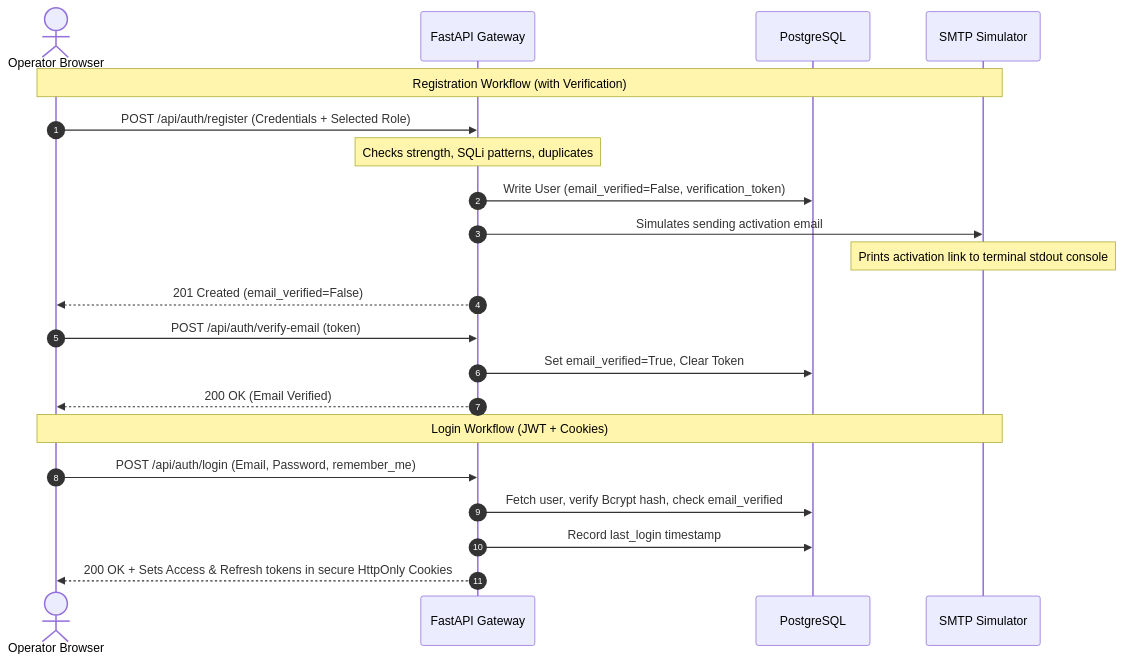
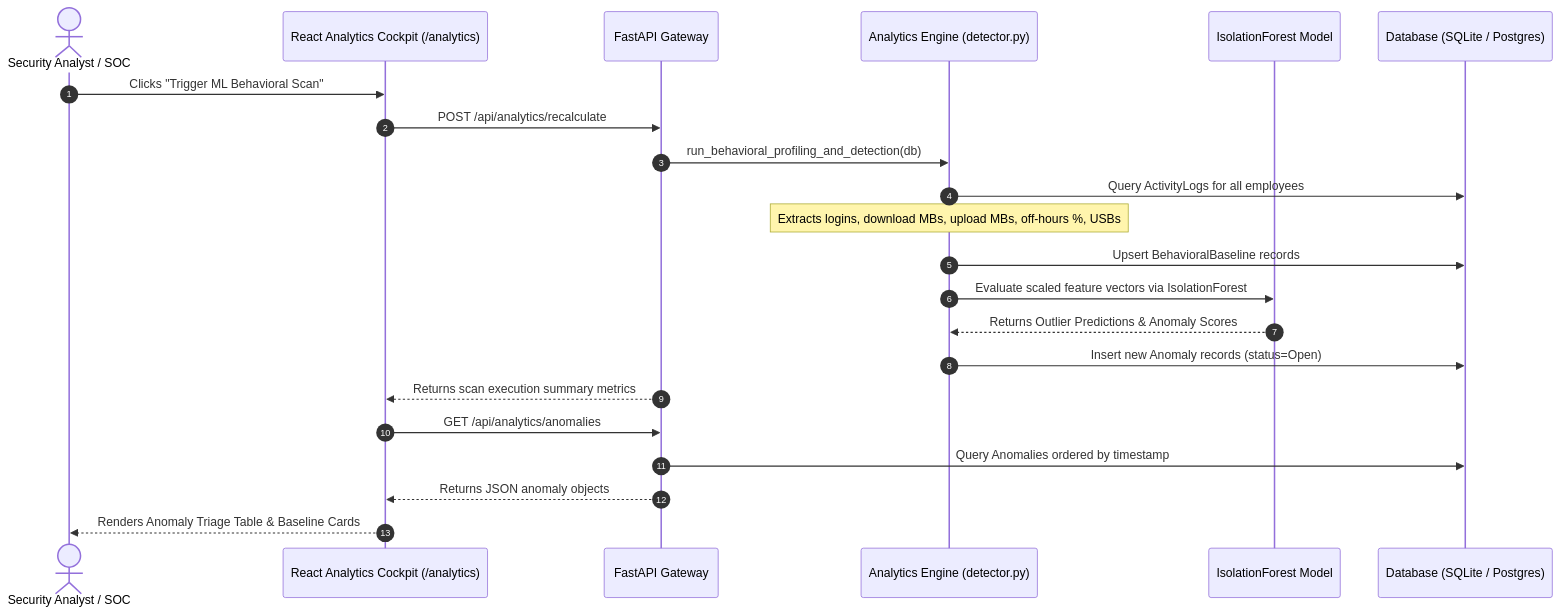
The diagram in README.md (springboardmentor184-png/insider-threat-behavioral-intelligence-system), drawn with Mermaid before and after one commit. The commit also changed other lines of this file, not shown here.

````diff
--- a/README.md
+++ b/README.md
@@ -69,27 +92,25 @@
 ```mermaid
 sequenceDiagram
     autonumber
-    actor Client as Operator Browser
+    actor Analyst as Security Analyst / SOC
+    participant UI as React Analytics Cockpit (/analytics)
     participant API as FastAPI Gateway
-    participant DB as PostgreSQL
-    participant SMTP as SMTP Simulator
+    participant Engine as Analytics Engine (detector.py)
+    participant ML as IsolationForest Model
+    participant DB as Database (SQLite / Postgres)
 
-    %% Registration Flow
-    Note over Client, SMTP: Registration Workflow (with Verification)
-    Client->>API: POST /api/auth/register (Credentials + Selected Role)
-    Note over API: Checks strength, SQLi patterns, duplicates
-    API->>DB: Write User (email_verified=False, verification_token)
-    API->>SMTP: Simulates sending activation email
-    Note over SMTP: Prints activation link to terminal stdout console
-    API-->>Client: 201 Created (email_verified=False)
-    Client->>API: POST /api/auth/verify-email (token)
-    API->>DB: Set email_verified=True, Clear Token
-    API-->>Client: 200 OK (Email Verified)
-
-    %% Login Flow
-    Note over Client, SMTP: Login Workflow (JWT + Cookies)
-    Client->>API: POST /api/auth/login (Email, Password, remember_me)
-    API->>DB: Fetch user, verify Bcrypt hash, check email_verified
-    API->>DB: Record last_login timestamp
-    API-->>Client: 200 OK + Sets Access & Refresh tokens in secure HttpOnly Cookies
+    Analyst->>UI: Clicks "Trigger ML Behavioral Scan"
+    UI->>API: POST /api/analytics/recalculate
+    API->>Engine: run_behavioral_profiling_and_detection(db)
+    Engine->>DB: Query ActivityLogs for all employees
+    Note over Engine: Extracts logins, download MBs, upload MBs, off-hours %, USBs
+    Engine->>DB: Upsert BehavioralBaseline records
+    Engine->>ML: Evaluate scaled feature vectors via IsolationForest
+    ML-->>Engine: Returns Outlier Predictions & Anomaly Scores
+    Engine->>DB: Insert new Anomaly records (status=Open)
+    API-->>UI: Returns scan execution summary metrics
+    UI->>API: GET /api/analytics/anomalies
+    API->>DB: Query Anomalies ordered by timestamp
+    API-->>UI: Returns JSON anomaly objects
+    UI-->>Analyst: Renders Anomaly Triage Table & Baseline Cards
 ```
````
